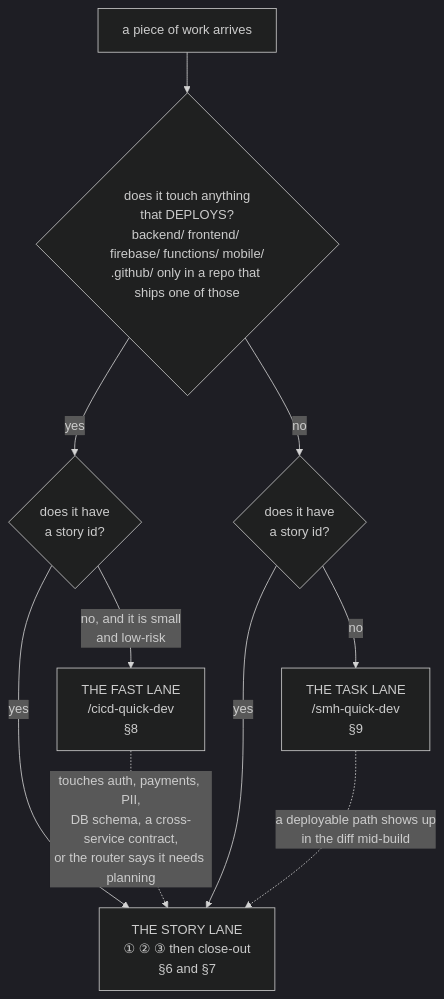
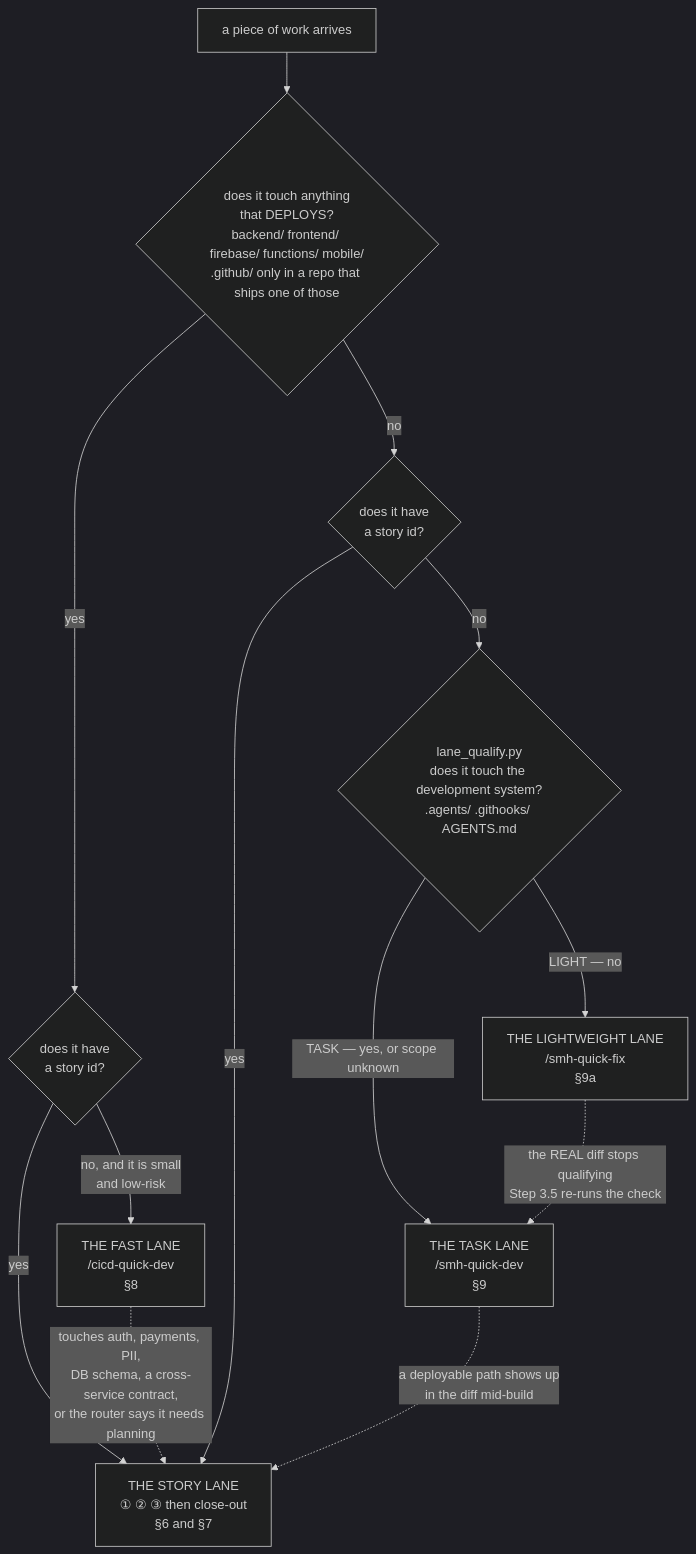
One commit to sudomadhatter/Sudo_Hatter_Command changed the second of 44 diagrams in docs/_scc_sops_prds/workflows_testing_SOP.md. Above: the diagram before and after it, drawn with Mermaid (dark theme). The commit also changed other lines of this file and 13 other files, not shown here.

````diff
--- a/docs/_scc_sops_prds/workflows_testing_SOP.md
+++ b/docs/_scc_sops_prds/workflows_testing_SOP.md
@@ -302,12 +306,15 @@
 ```mermaid
 flowchart TD
     W["a piece of work arrives"] --> D{"does it touch anything\nthat DEPLOYS?\nbackend/ frontend/ firebase/ functions/ mobile/\n.github/ only in a repo that ships one of those"}
     D -- "yes" --> P{"does it have\na story id?"}
     D -- "no" --> T{"does it have\na story id?"}
     P -- "yes" --> LOOP["THE STORY LANE\n① ② ③ then close-out\n§6 and §7"]
     P -- "no, and it is small\nand low-risk" --> FAST["THE FAST LANE\n/cicd-quick-dev\n§8"]
     T -- "yes" --> LOOP
-    T -- "no" --> TASK["THE TASK LANE\n/smh-quick-dev\n§9"]
+    T -- "no" --> Q{"lane_qualify.py\ndoes it touch the development system?\n.agents/ .githooks/ AGENTS.md"}
+    Q -- "TASK — yes, or scope unknown" --> TASK["THE TASK LANE\n/smh-quick-dev\n§9"]
+    Q -- "LIGHT — no" --> LIGHT["THE LIGHTWEIGHT LANE\n/smh-quick-fix\n§9a"]
     FAST -.->|"touches auth, payments, PII,\nDB schema, a cross-service contract,\nor the router says it needs planning"| LOOP
     TASK -.->|"a deployable path shows up\nin the diff mid-build"| LOOP
+    LIGHT -.->|"the REAL diff stops qualifying\nStep 3.5 re-runs the check"| TASK
 ```
````
